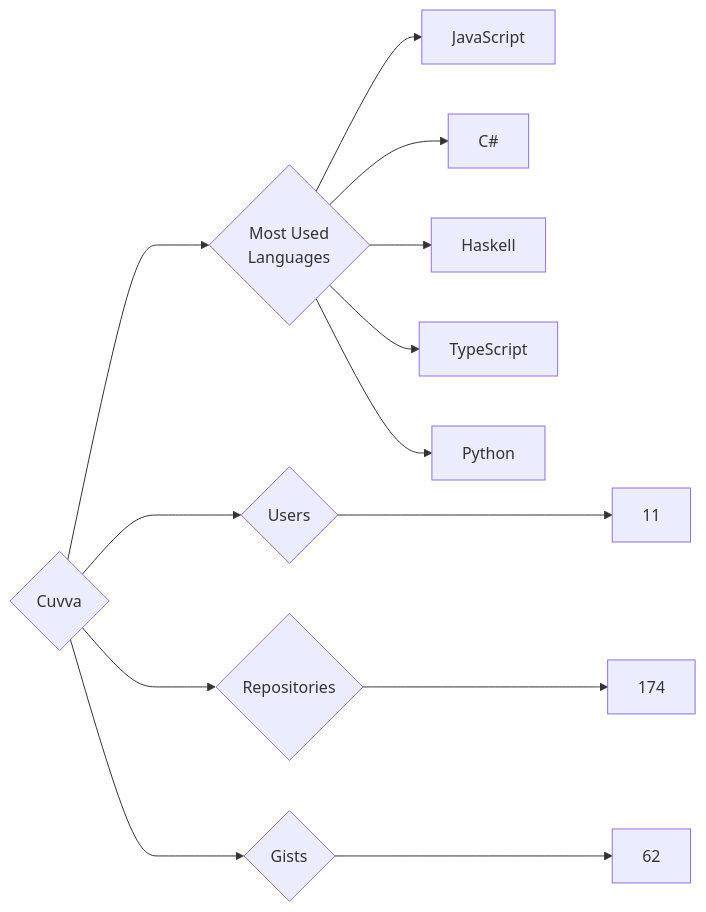
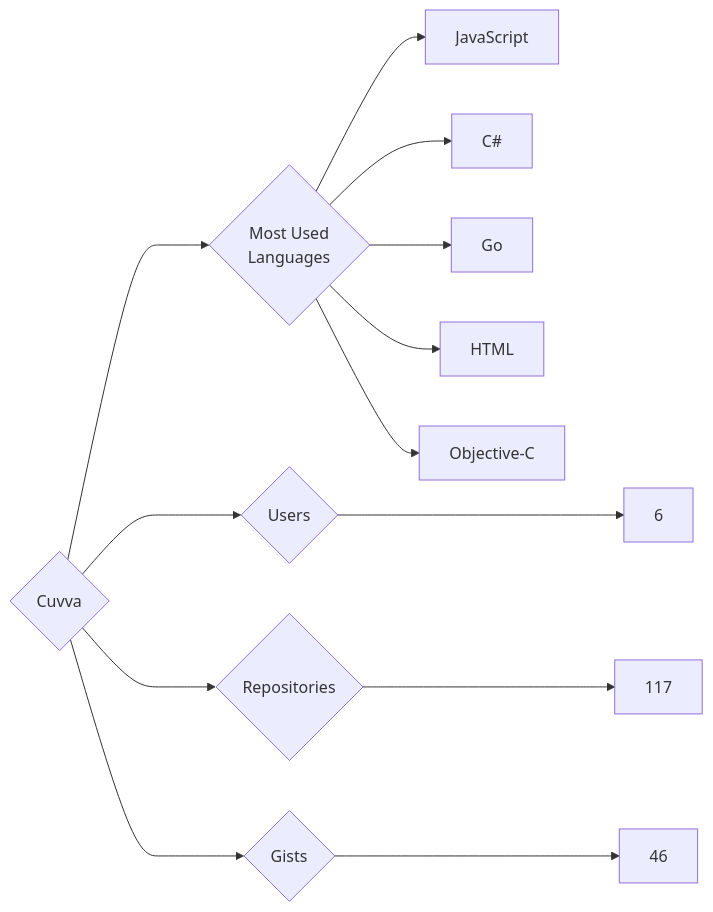
One commit to trickest/insiders changed the diagram in targets/Cuvva/README.md. Above: the diagram before and after it, drawn with Mermaid. The commit also changed 927 other files, not shown here.

````diff
--- a/targets/Cuvva/README.md
+++ b/targets/Cuvva/README.md
@@ -3,13 +3,13 @@
 ```mermaid
 graph LR
 COMPANY_NAME{Cuvva}
-COMPANY_NAME ---> U{Users} ---> UN[11]
-COMPANY_NAME ---> R{Repositories} ---> RN[174]
-COMPANY_NAME ---> G{Gists} ---> GN[62]
+COMPANY_NAME ---> U{Users} ---> UN[6]
+COMPANY_NAME ---> R{Repositories} ---> RN[117]
+COMPANY_NAME ---> G{Gists} ---> GN[46]
 COMPANY_NAME ---> ML{Most Used<br>Languages}
 ML --> JavaScript[JavaScript]
 ML --> C#[C#]
-ML --> Haskell[Haskell]
-ML --> TypeScript[TypeScript]
-ML --> Python[Python]
+ML --> Go[Go]
+ML --> HTML[HTML]
+ML --> Objective-C[Objective-C]
 ```
````
